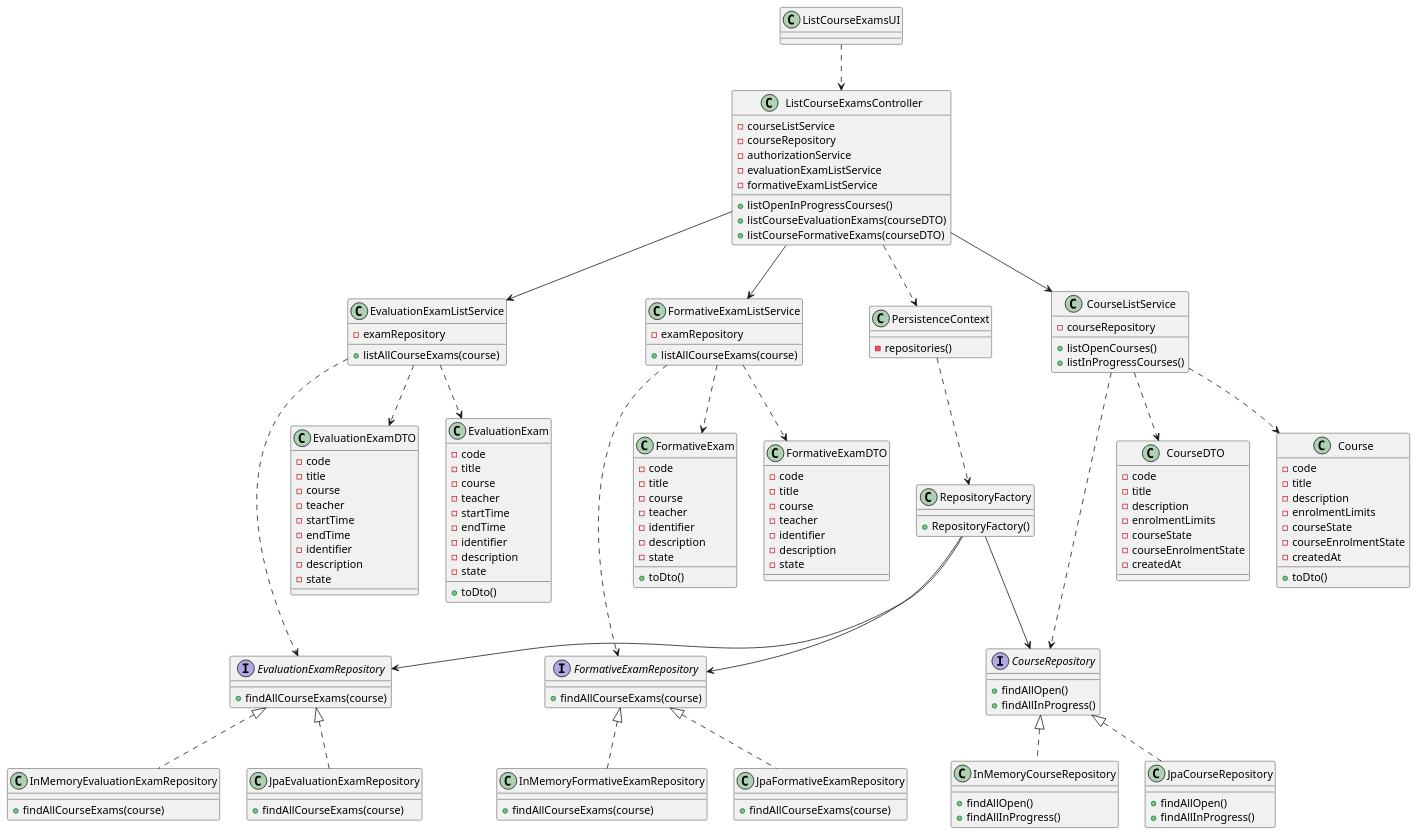
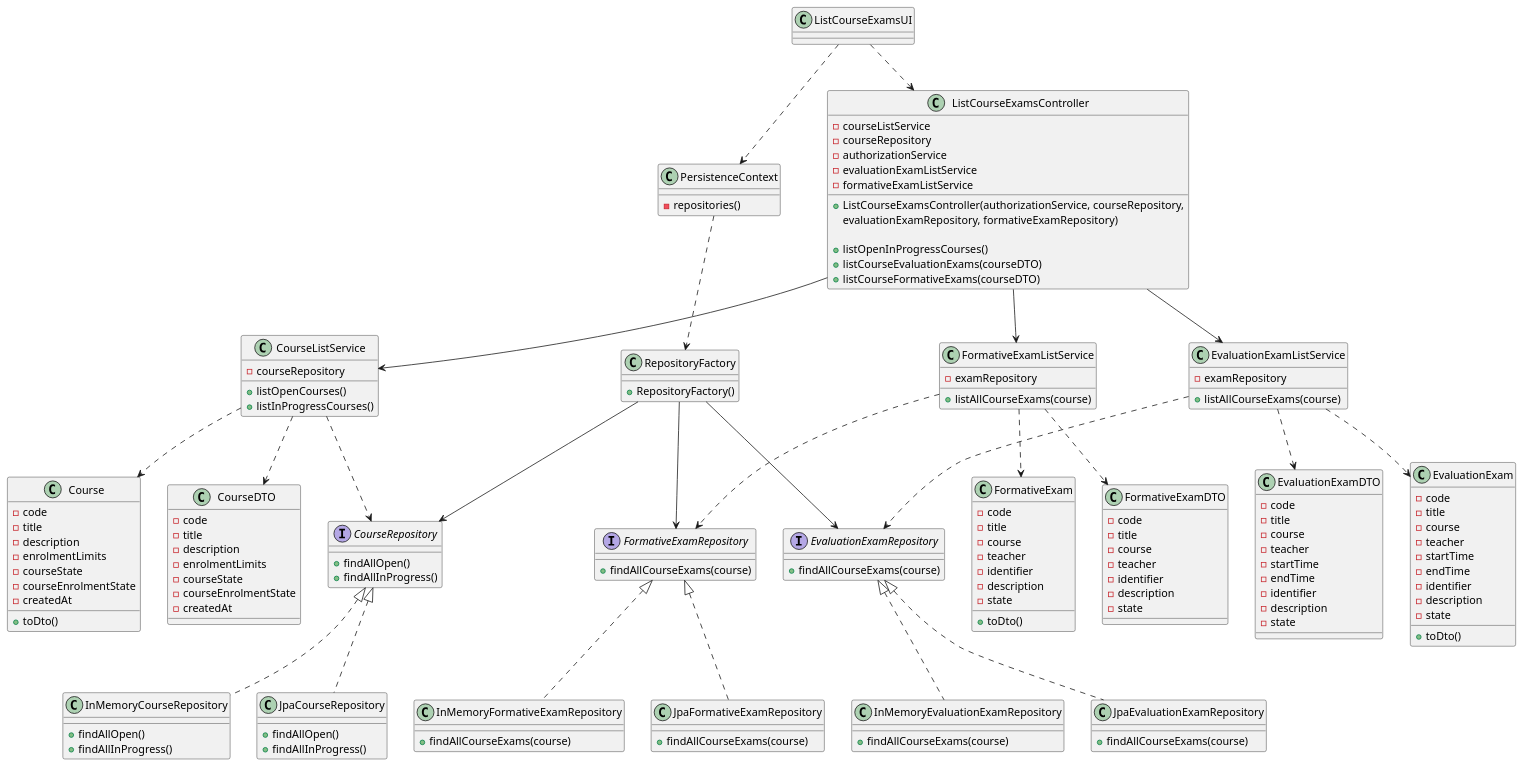
One commit to miseEnPlace-dev/lapr4 changed the diagram in docs/sprint-b/us23-2003/US2003_CD.puml. Above: the diagram before and after it, drawn with PlantUML. The commit also changed 3 other files, not shown here.

```diff
--- a/docs/sprint-b/us23-2003/US2003_CD.puml
+++ b/docs/sprint-b/us23-2003/US2003_CD.puml
@@ -1,191 +1,194 @@
 @startuml US2003_CD
 
 class ListCourseExamsUI {
 
 }
 
 class ListCourseExamsController {
 - courseListService
 - courseRepository
 - authorizationService
 - evaluationExamListService
 - formativeExamListService
++ ListCourseExamsController(authorizationService, courseRepository,
+                             evaluationExamRepository, formativeExamRepository)
+
 + listOpenInProgressCourses()
 + listCourseEvaluationExams(courseDTO)
 + listCourseFormativeExams(courseDTO)
 }
 
 
 class Course {
   - code
   - title
   - description
   - enrolmentLimits
   - courseState
   - courseEnrolmentState
   - createdAt
   + toDto()
 }
 
 class RepositoryFactory {
   + RepositoryFactory()
 }
 
 interface CourseRepository {
   + findAllOpen()
   + findAllInProgress()
 }
 
 interface EvaluationExamRepository {
 + findAllCourseExams(course)
 }
 
 interface FormativeExamRepository {
 + findAllCourseExams(course)
 }
 
 class EvaluationExamListService {
 - examRepository
 + listAllCourseExams(course)
 }
 
 class FormativeExamListService {
 - examRepository
 + listAllCourseExams(course)
 }
 
 class CourseListService {
   - courseRepository
 
   + listOpenCourses()
   + listInProgressCourses()
 }
 
 
 class EvaluationExamDTO {
 - code
 - title
 - course
 - teacher
 - startTime
 - endTime
 - identifier
 - description
 - state
 }
 
 class EvaluationExam {
 - code
 - title
 - course
 - teacher
 - startTime
 - endTime
 - identifier
 - description
 - state
 + toDto()
 }
 
 class FormativeExam {
 - code
 - title
 - course
 - teacher
 - identifier
 - description
 - state
 + toDto()
 }
 
 class FormativeExamDTO {
 - code
 - title
 - course
 - teacher
 - identifier
 - description
 - state
 }
 
 class CourseDTO {
   - code
   - title
   - description
   - enrolmentLimits
   - courseState
   - courseEnrolmentState
   - createdAt
 }
 
 
 
 class InMemoryCourseRepository {
   + findAllOpen()
   + findAllInProgress()
 }
 
 class JpaCourseRepository {
   + findAllOpen()
   + findAllInProgress()
 }
 
 class InMemoryFormativeExamRepository {
 + findAllCourseExams(course)
 }
 
 class JpaFormativeExamRepository {
 + findAllCourseExams(course)
 }
 
 class InMemoryEvaluationExamRepository {
 + findAllCourseExams(course)
 }
 
 class JpaEvaluationExamRepository {
 + findAllCourseExams(course)
 }
 
 class PersistenceContext {
   - repositories()
 }
 
 
 PersistenceContext ..> RepositoryFactory
 RepositoryFactory --> CourseRepository
 RepositoryFactory --> FormativeExamRepository
 RepositoryFactory --> EvaluationExamRepository
 
 CourseRepository <|.. InMemoryCourseRepository
 CourseRepository <|.. JpaCourseRepository
 
 EvaluationExamRepository <|.. InMemoryEvaluationExamRepository
 EvaluationExamRepository <|.. JpaEvaluationExamRepository
 
 FormativeExamRepository <|.. InMemoryFormativeExamRepository
 FormativeExamRepository <|.. JpaFormativeExamRepository
 
 
-ListCourseExamsController ..> PersistenceContext
+ListCourseExamsUI ..> PersistenceContext
 ListCourseExamsUI ..> ListCourseExamsController
 
 
 CourseListService ..> Course
 CourseListService ..> CourseRepository
 
 FormativeExamListService ..> FormativeExamDTO
 FormativeExamListService ..> FormativeExam
 
 EvaluationExamListService ..> EvaluationExamDTO
 EvaluationExamListService ..> EvaluationExam
 
 CourseListService ..> CourseDTO
 ListCourseExamsController --> FormativeExamListService
 ListCourseExamsController --> CourseListService
 ListCourseExamsController --> EvaluationExamListService
 
 EvaluationExamListService ..> EvaluationExamRepository
 FormativeExamListService ..> FormativeExamRepository
 
 
 @enduml
```
